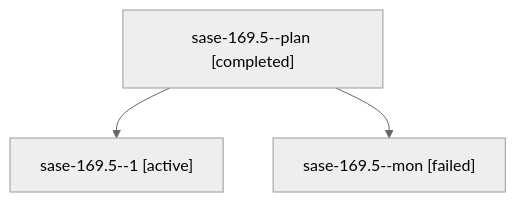
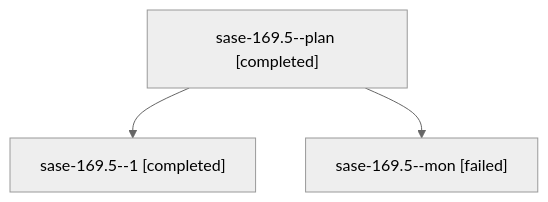
One commit to sase-org/sase--agents changed the diagram in families/bbugyi200.apollo.sase-169.5.md. Above: the diagram before and after it, drawn with Mermaid (neutral theme). The commit also changed other lines of this file and 49 other files, not shown here.

````diff
--- a/families/bbugyi200.apollo.sase-169.5.md
+++ b/families/bbugyi200.apollo.sase-169.5.md
@@ -9,8 +9,8 @@
 ```mermaid
 flowchart TD
   n0["sase-169.5--plan [completed]"]
-  n1["sase-169.5--1 [active]"]
+  n1["sase-169.5--1 [completed]"]
   n0 --> n1
   n2["sase-169.5--mon [failed]"]
   n0 --> n2
 ```
````
